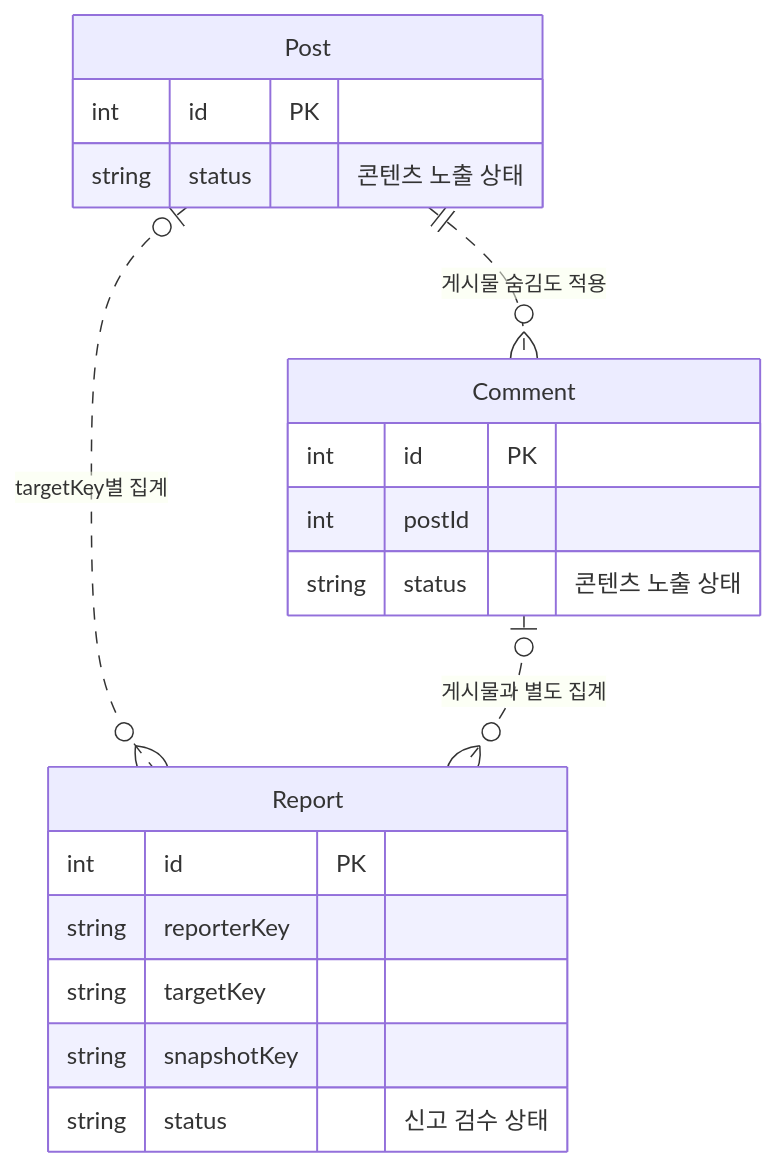
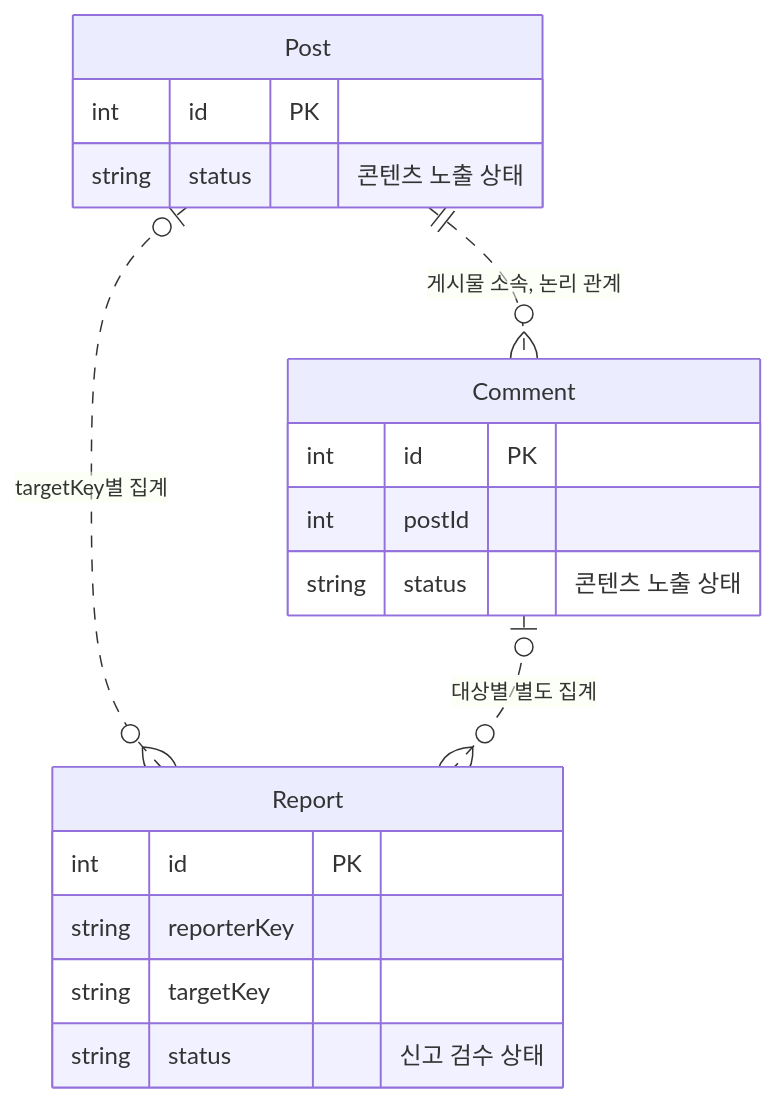
One commit to luke0408/blog-erd changed the fifth of 12 diagrams in docs/report-management.md. Above: the diagram before and after it, drawn with Mermaid. The commit also changed other lines of this file and 5 other files, not shown here.

Commit message:
docs(erd): reorder student questions by design requirements

````diff
--- a/docs/report-management.md
+++ b/docs/report-management.md
@@ -169,22 +129,21 @@
 ```mermaid
 erDiagram
     Report {
         int id PK
         string reporterKey
         string targetKey
-        string snapshotKey
         string status "신고 검수 상태"
     }
     Post {
         int id PK
         string status "콘텐츠 노출 상태"
     }
     Comment {
         int id PK
         int postId
         string status "콘텐츠 노출 상태"
     }
     Post |o..o{ Report : "targetKey별 집계"
-    Comment |o..o{ Report : "게시물과 별도 집계"
-    Post ||..o{ Comment : "게시물 숨김도 적용"
+    Comment |o..o{ Report : "대상별 별도 집계"
+    Post ||..o{ Comment : "게시물 소속, 논리 관계"
 ```
````
